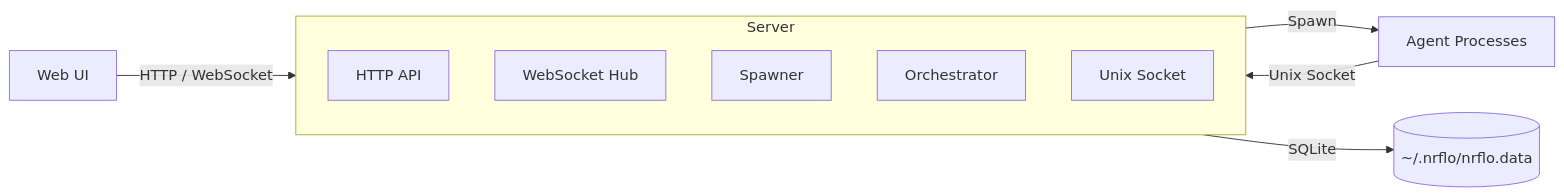
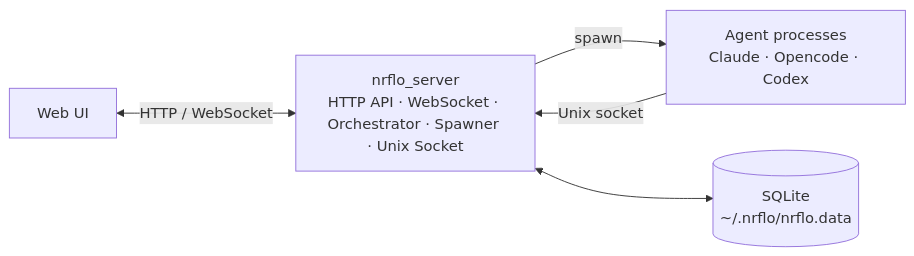
Before and after one commit to nrflo/nrflo: the diagram in README.md, drawn with Mermaid. The commit also changed other lines of this file, not shown here.

Commit message:
Clean up README Architecture diagram and add Website + demo links

````diff
--- a/README.md
+++ b/README.md
@@ -150,15 +158,12 @@
 ```mermaid
-graph LR
-    UI[Web UI] -->|HTTP / WebSocket| Server
-    Server -->|Spawn| Agents[Agent Processes]
-    Agents -->|Unix Socket| Server
-    Server -->|SQLite| DB[(~/.nrflo/nrflo.data)]
+flowchart LR
+    Browser["Web UI"]
+    Server["nrflo_server<br/>HTTP API · WebSocket · Orchestrator · Spawner · Unix Socket"]
+    Agents["Agent processes<br/>Claude · Opencode · Codex"]
+    DB[("SQLite<br/>~/.nrflo/nrflo.data")]
 
-    subgraph Server
-        API[HTTP API]
-        WS[WebSocket Hub]
-        Spawner
-        Orchestrator
-        Socket[Unix Socket]
-    end
+    Browser <-->|HTTP / WebSocket| Server
+    Server -->|spawn| Agents
+    Agents -->|Unix socket| Server
+    Server <--> DB
 ```
````
